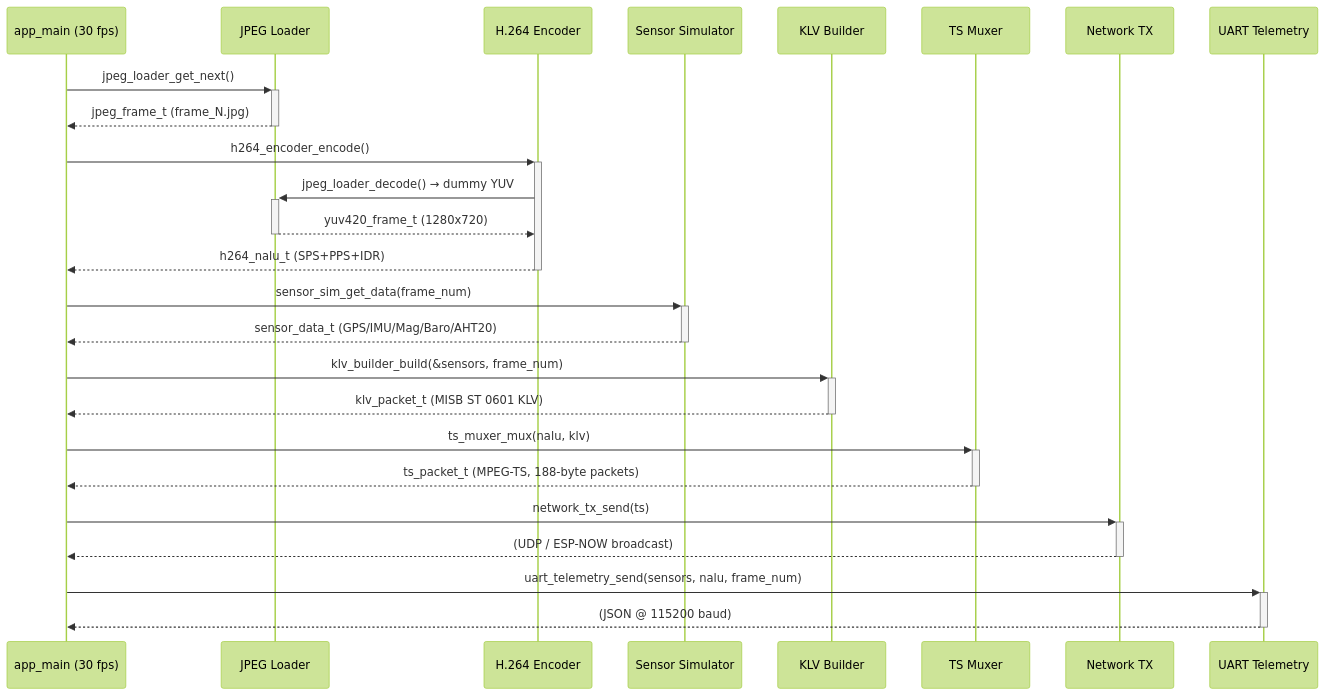
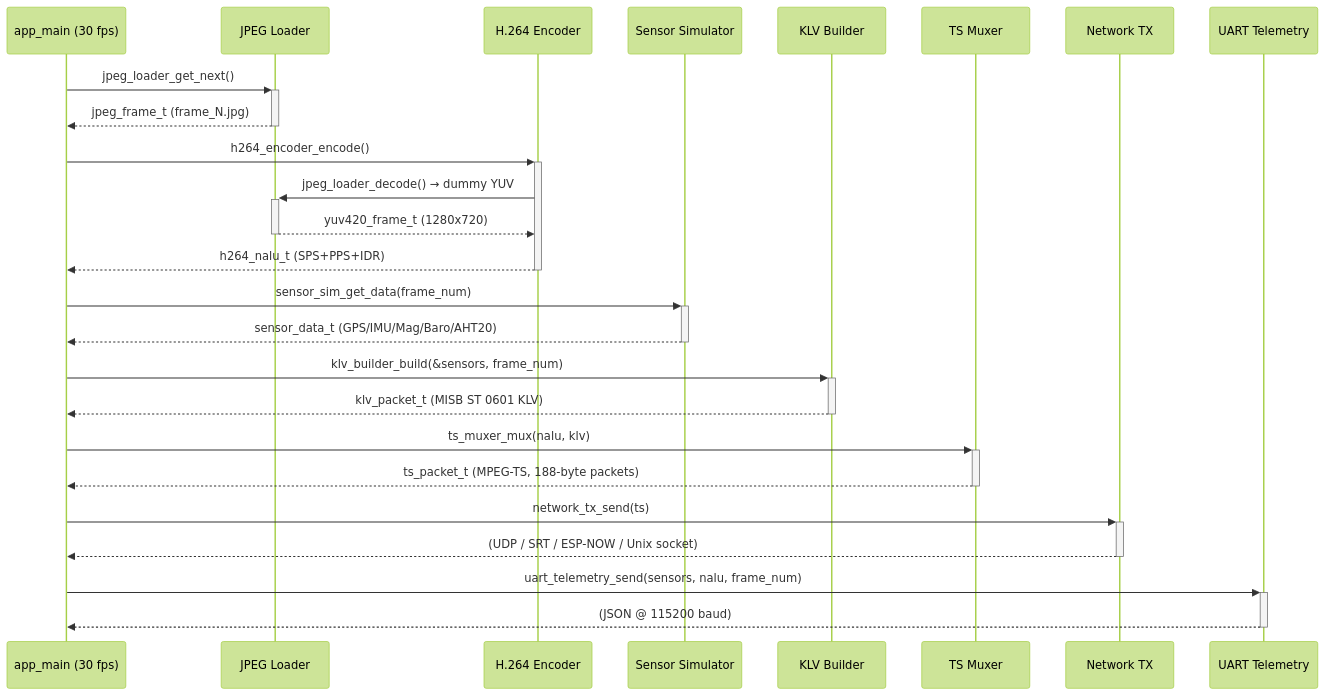
The first of 8 diagrams in firmware/stanag-s3-simulator/DATA-FLOW.md (nmwael/drone), drawn with Mermaid (forest theme) before and after one commit. The commit also changed other lines of this file and 27 other files, not shown here.

````diff
--- a/firmware/stanag-s3-simulator/DATA-FLOW.md
+++ b/firmware/stanag-s3-simulator/DATA-FLOW.md
@@ -7,34 +7,34 @@
 ```mermaid
 sequenceDiagram
     participant Main as app_main (30 fps)
     participant JL as JPEG Loader
     participant H264 as H.264 Encoder
     participant SS as Sensor Simulator
     participant KLV as KLV Builder
     participant TSM as TS Muxer
     participant NET as Network TX
     participant UART as UART Telemetry
 
     Main->>+JL: jpeg_loader_get_next()
     JL-->>-Main: jpeg_frame_t (frame_N.jpg)
 
     Main->>+H264: h264_encoder_encode()
     H264->>+JL: jpeg_loader_decode() → dummy YUV
     JL-->>-H264: yuv420_frame_t (1280x720)
     H264-->>-Main: h264_nalu_t (SPS+PPS+IDR)
 
     Main->>+SS: sensor_sim_get_data(frame_num)
     SS-->>-Main: sensor_data_t (GPS/IMU/Mag/Baro/AHT20)
 
     Main->>+KLV: klv_builder_build(&sensors, frame_num)
     KLV-->>-Main: klv_packet_t (MISB ST 0601 KLV)
 
     Main->>+TSM: ts_muxer_mux(nalu, klv)
     TSM-->>-Main: ts_packet_t (MPEG-TS, 188-byte packets)
 
     Main->>+NET: network_tx_send(ts)
-    NET-->>-Main: (UDP / ESP-NOW broadcast)
+    NET-->>-Main: (UDP / SRT / ESP-NOW / Unix socket)
 
     Main->>+UART: uart_telemetry_send(sensors, nalu, frame_num)
     UART-->>-Main: (JSON @ 115200 baud)
 ```
````
